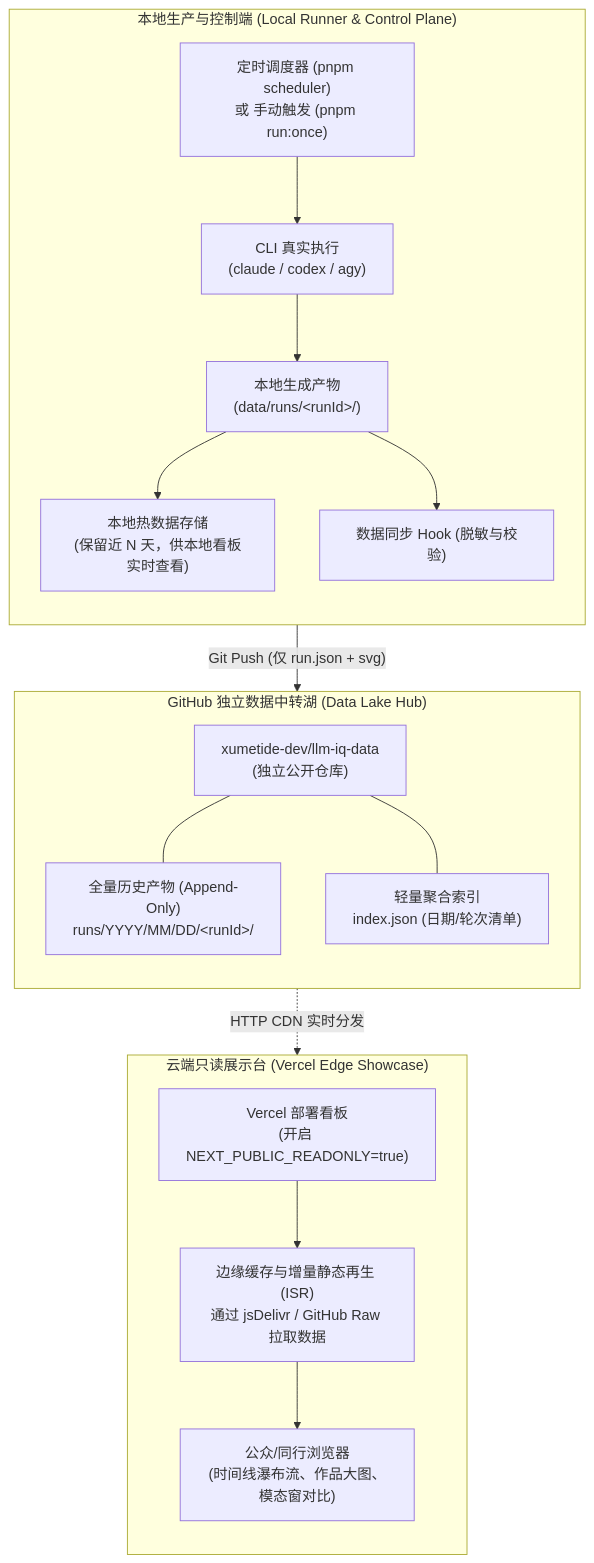
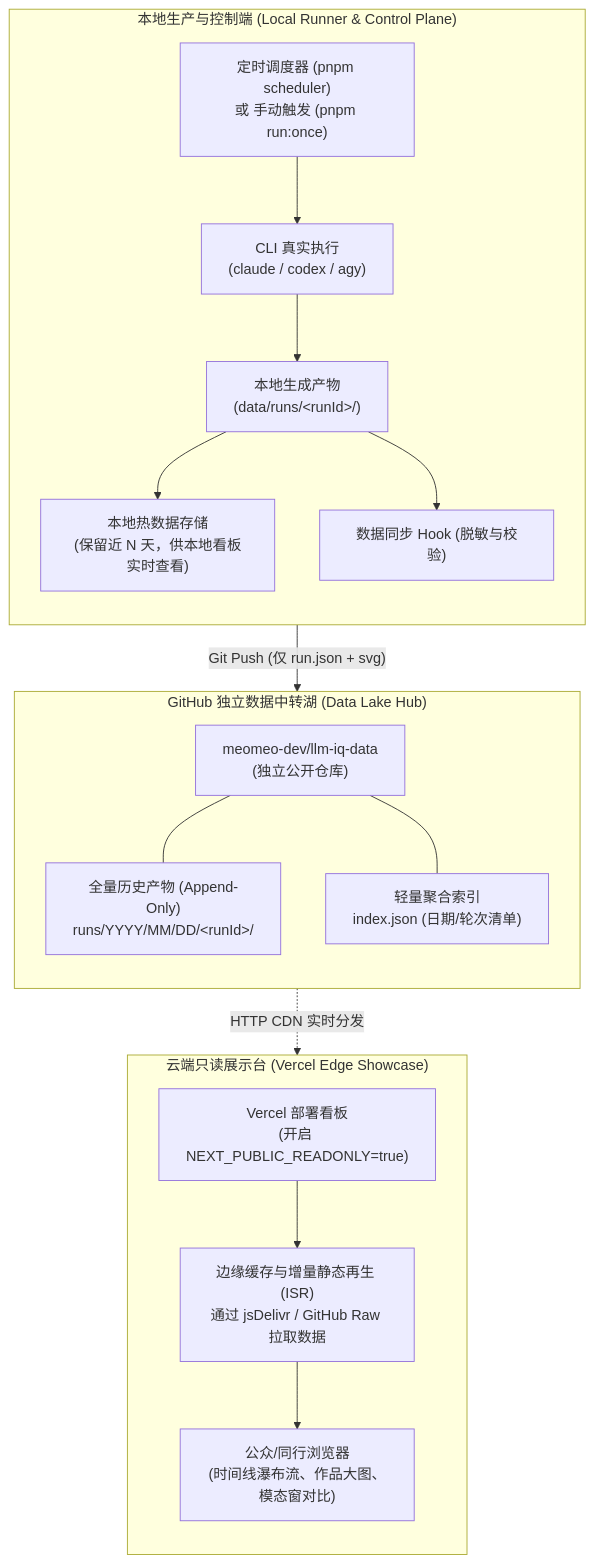
One commit to meomeo-dev/llm-iq-dashboard changed the first of 2 diagrams in docs/data-sync-architecture.md. Above: the diagram before and after it, drawn with Mermaid. The commit also changed other lines of this file and 12 other files, not shown here.

First line of the commit message:
chore: 仓库地址迁移到 meomeo-dev

````diff
--- a/docs/data-sync-architecture.md
+++ b/docs/data-sync-architecture.md
@@ -31,30 +31,30 @@
 ```mermaid
 flowchart TB
     subgraph 本地生产端 ["本地生产与控制端 (Local Runner & Control Plane)"]
         direction TB
         A1["定时调度器 (pnpm scheduler)<br/>或 手动触发 (pnpm run:once)"] --> A2["CLI 真实执行<br/>(claude / codex / agy)"]
         A2 --> A3["本地生成产物<br/>(data/runs/&lt;runId&gt;/)"]
         A3 --> A4["本地热数据存储<br/>(保留近 N 天，供本地看板实时查看)"]
         A3 --> A5["数据同步 Hook (脱敏与校验)"]
     end
 
     subgraph GitHub数据湖 ["GitHub 独立数据中转湖 (Data Lake Hub)"]
         direction TB
-        B1["xumetide-dev/llm-iq-data<br/>(独立公开仓库)"]
+        B1["meomeo-dev/llm-iq-data<br/>(独立公开仓库)"]
         B2["全量历史产物 (Append-Only)<br/>runs/YYYY/MM/DD/&lt;runId&gt;/"]
         B3["轻量聚合索引<br/>index.json (日期/轮次清单)"]
         B1 --- B2
         B1 --- B3
     end
 
     subgraph 云端展示台 ["云端只读展示台 (Vercel Edge Showcase)"]
         direction TB
         C1["Vercel 部署看板<br/>(开启 NEXT_PUBLIC_READONLY=true)"]
         C2["边缘缓存与增量静态再生 (ISR)<br/>通过 jsDelivr / GitHub Raw 拉取数据"]
         C3["公众/同行浏览器<br/>(时间线瀑布流、作品大图、模态窗对比)"]
         C1 --> C2 --> C3
     end
 
     A5 -->|"Git Push (仅 run.json + svg)"| B1
     B1 -.->|"HTTP CDN 实时分发"| C1
 ```
````
